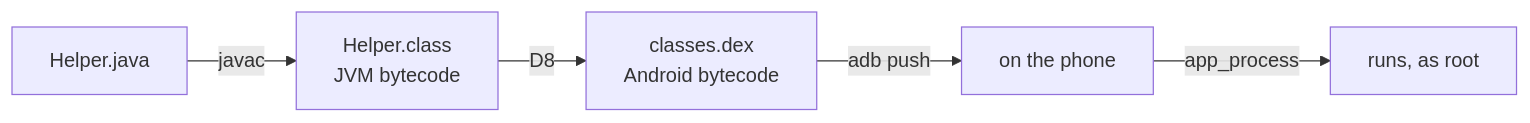
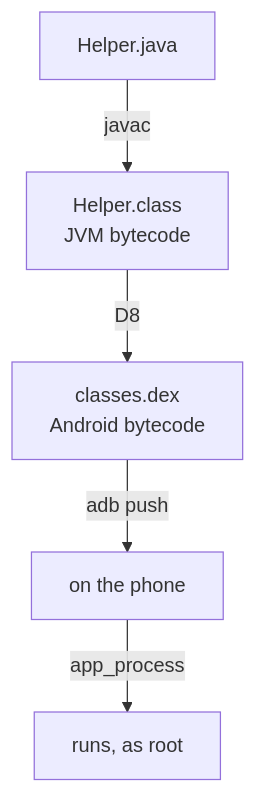
Before and after one commit to jim-wyatt/MotoRoot: the diagram in docs/device/helpers.md, drawn with Mermaid. The commit also changed 16 other files, not shown here.

First line of the commit message:
docs: one machine retires the SFTP chroot; diagrams top to bottom; Studio over the tunnel

````diff
--- a/docs/device/helpers.md
+++ b/docs/device/helpers.md
@@ -13,8 +13,8 @@
 ```mermaid
 %%{init: {"flowchart": {"wrappingWidth": 300}}}%%
-flowchart LR
+flowchart TB
     SRC["Helper.java"] -->|javac| CLS["Helper.class<br/>JVM bytecode"]
     CLS -->|"D8"| DEX["classes.dex<br/>Android bytecode"]
     DEX -->|adb push| PHONE["on the phone"]
     PHONE -->|"app_process"| RUN["runs, as root"]
 ```
````
